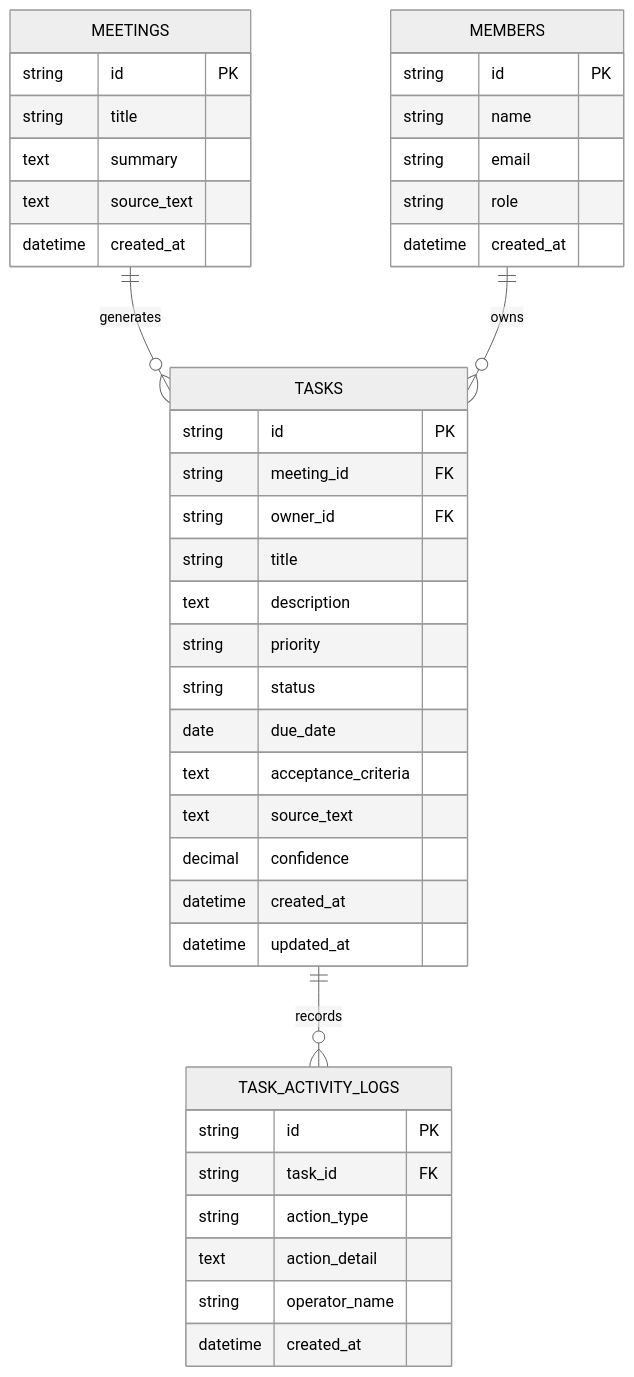
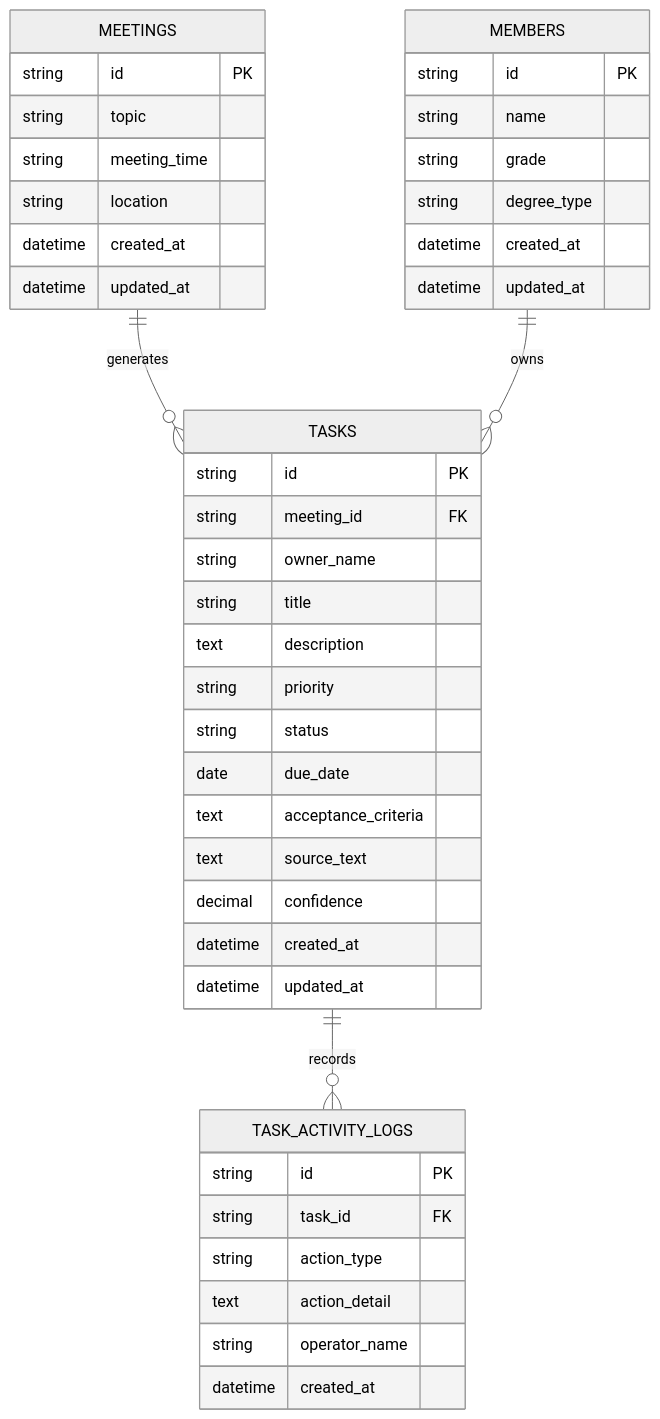
The fourth of 4 diagrams in docs/product/module-3-4-architecture.md (Mengyzh-2003/Meeting2Action), drawn with Mermaid (neutral theme) before and after one commit. The commit also changed other lines of this file and 3 other files, not shown here.

````diff
--- a/docs/product/module-3-4-architecture.md
+++ b/docs/product/module-3-4-architecture.md
@@ -143,47 +144,49 @@
 ```mermaid
 erDiagram
     MEETINGS ||--o{ TASKS : generates
     MEMBERS ||--o{ TASKS : owns
     TASKS ||--o{ TASK_ACTIVITY_LOGS : records
 
     MEETINGS {
         string id PK
-        string title
-        text summary
-        text source_text
+        string topic
+        string meeting_time
+        string location
         datetime created_at
+        datetime updated_at
     }
 
     MEMBERS {
         string id PK
         string name
-        string email
-        string role
+        string grade
+        string degree_type
         datetime created_at
+        datetime updated_at
     }
 
     TASKS {
         string id PK
         string meeting_id FK
-        string owner_id FK
+        string owner_name
         string title
         text description
         string priority
         string status
         date due_date
         text acceptance_criteria
         text source_text
         decimal confidence
         datetime created_at
         datetime updated_at
     }
 
     TASK_ACTIVITY_LOGS {
         string id PK
         string task_id FK
         string action_type
         text action_detail
         string operator_name
         datetime created_at
     }
 ```
````
